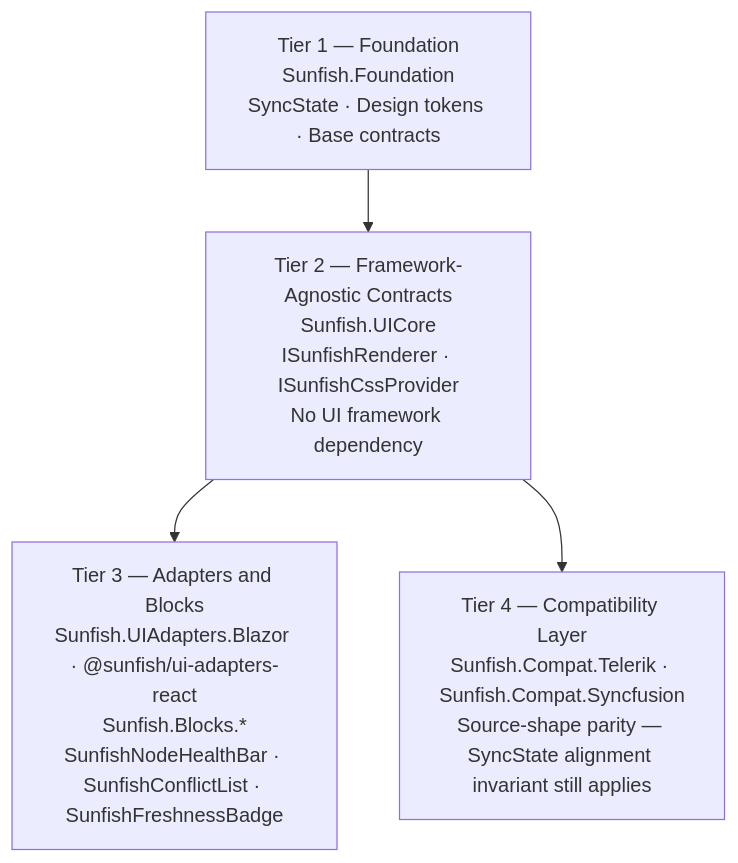
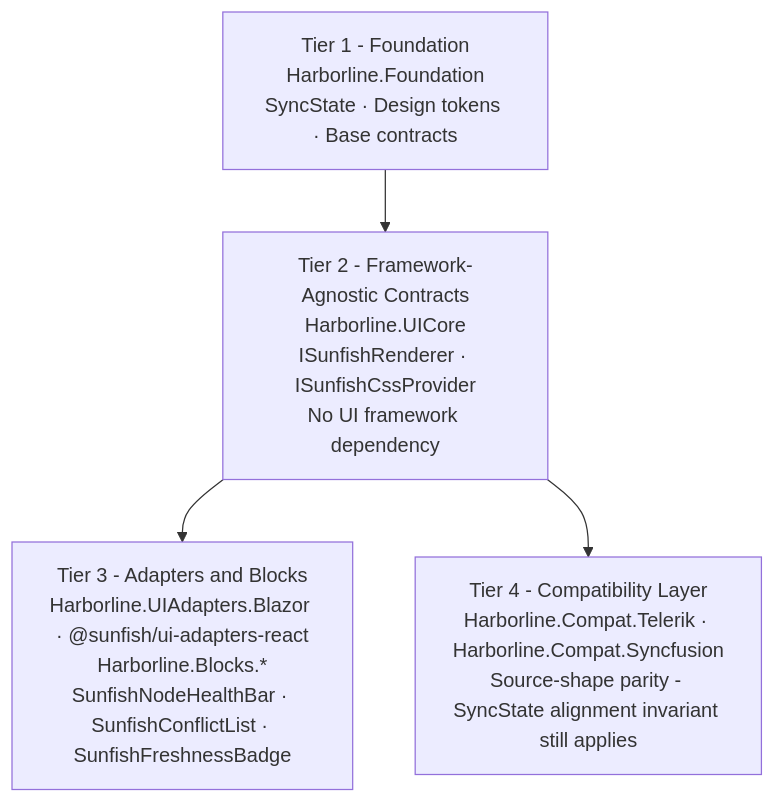
One commit to Harborline-Software/the-inverted-stack changed the second of 2 diagrams in vol-1/part-3-reference-architecture/ch11-node-architecture.md. Above: the diagram before and after it, drawn with Mermaid. The commit also changed other lines of this file and 376 other files, not shown here.

````diff
--- a/vol-1/part-3-reference-architecture/ch11-node-architecture.md
+++ b/vol-1/part-3-reference-architecture/ch11-node-architecture.md
@@ -118,10 +118,10 @@
 ```mermaid
 flowchart TB
-    F["Tier 1 — Foundation<br/>Sunfish.Foundation<br/>SyncState · Design tokens · Base contracts"]
-    U["Tier 2 — Framework-Agnostic Contracts<br/>Sunfish.UICore<br/>ISunfishRenderer · ISunfishCssProvider<br/>No UI framework dependency"]
-    A["Tier 3 — Adapters and Blocks<br/>Sunfish.UIAdapters.Blazor · @sunfish/ui-adapters-react<br/>Sunfish.Blocks.*<br/>SunfishNodeHealthBar · SunfishConflictList · SunfishFreshnessBadge"]
-    C["Tier 4 — Compatibility Layer<br/>Sunfish.Compat.Telerik · Sunfish.Compat.Syncfusion<br/>Source-shape parity — SyncState alignment invariant still applies"]
+    F["Tier 1 - Foundation<br/>Harborline.Foundation<br/>SyncState · Design tokens · Base contracts"]
+    U["Tier 2 - Framework-Agnostic Contracts<br/>Harborline.UICore<br/>ISunfishRenderer · ISunfishCssProvider<br/>No UI framework dependency"]
+    A["Tier 3 - Adapters and Blocks<br/>Harborline.UIAdapters.Blazor · @sunfish/ui-adapters-react<br/>Harborline.Blocks.*<br/>SunfishNodeHealthBar · SunfishConflictList · SunfishFreshnessBadge"]
+    C["Tier 4 - Compatibility Layer<br/>Harborline.Compat.Telerik · Harborline.Compat.Syncfusion<br/>Source-shape parity - SyncState alignment invariant still applies"]
     F --> U
     U --> A
     U --> C
 ```
````
